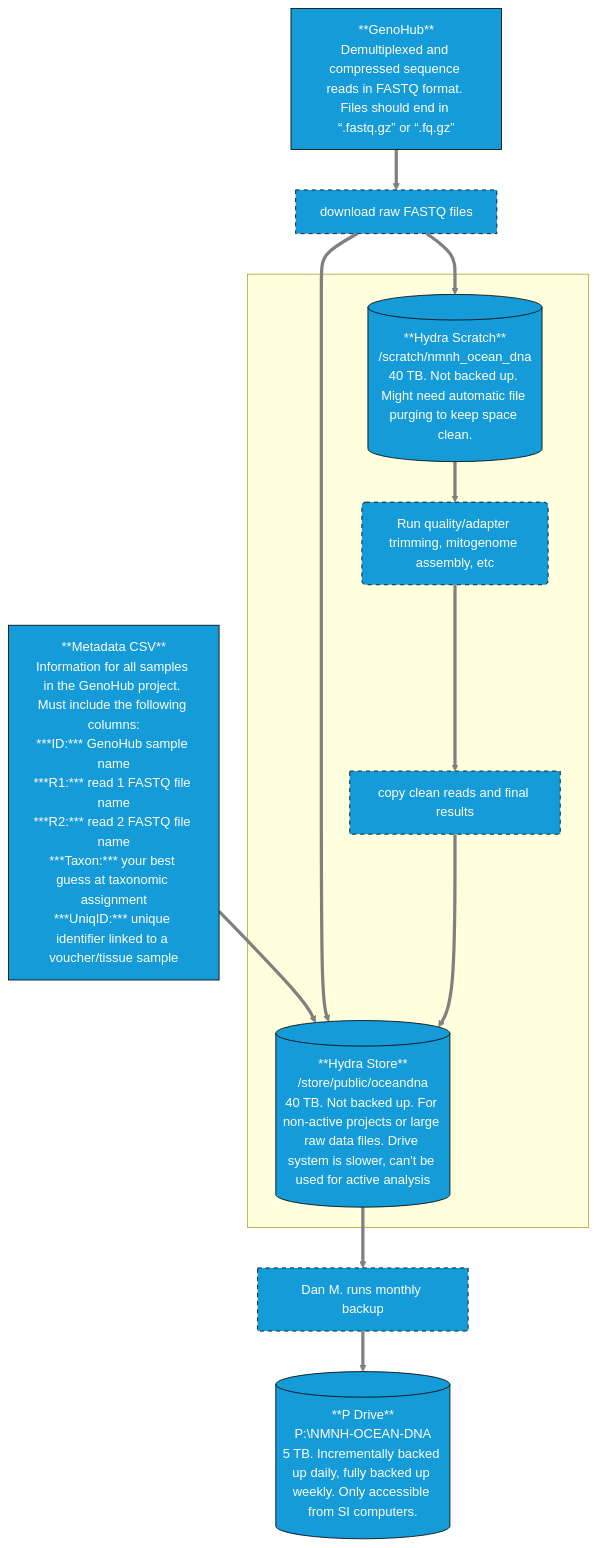
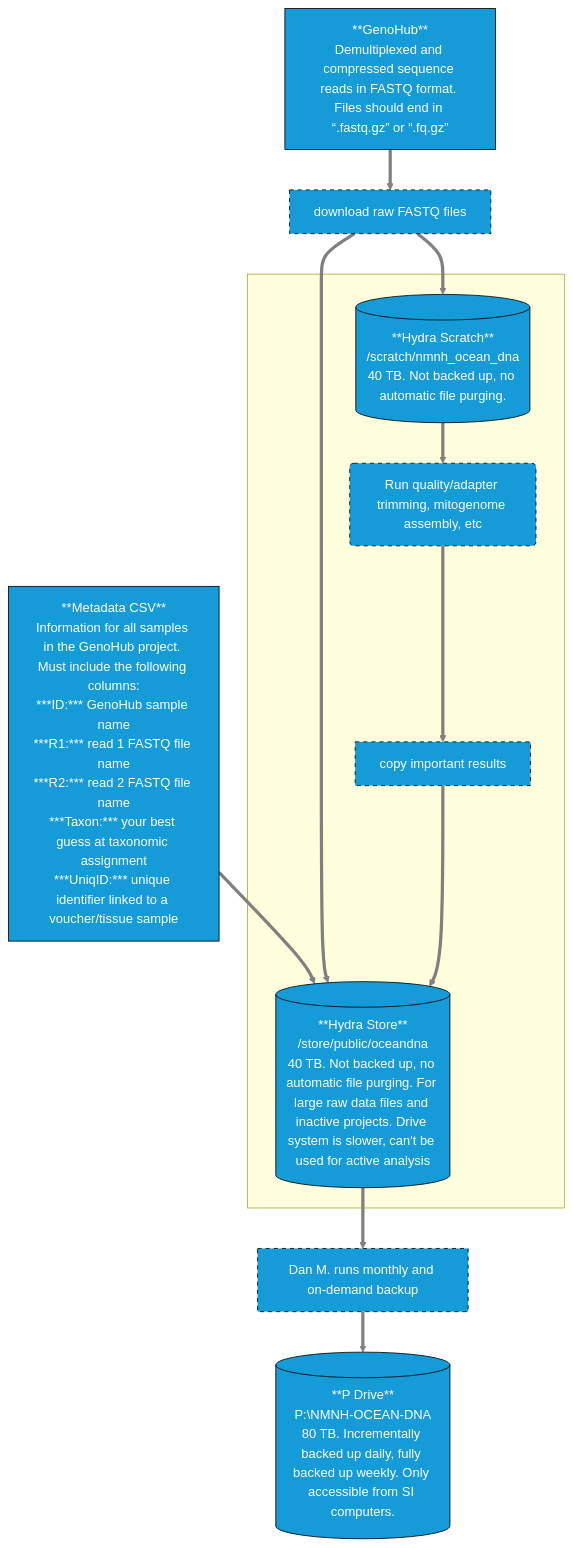
Before and after one commit to Smithsonian/NMNH-Ocean-DNA: the diagram in qmd/datamanagement.qmd, drawn with Mermaid. The commit also changed other lines of this file and 2 other files, not shown here.

Commit message:
updated dmg

````diff
--- a/qmd/datamanagement.qmd
+++ b/qmd/datamanagement.qmd
@@ -9,52 +9,52 @@
 ```{mermaid}
 graph TD;
 
   GenoHub[**GenoHub**
 Demultiplexed and compressed sequence reads in FASTQ format. Files should end in “.fastq.gz” or “.fq.gz”]
   Metadata[**Metadata CSV**
 Information for all samples in the GenoHub project. Must include the following columns:
 ***ID:*** GenoHub sample name
 ***R1:*** read 1 FASTQ file name
 ***R2:*** read 2 FASTQ file name
 ***Taxon:*** your best guess at taxonomic assignment
 ***UniqID:*** unique identifier linked to a voucher/tissue sample
   ]
   Analyses(Run quality/adapter trimming, mitogenome assembly, etc)
   Scratch[(**Hydra Scratch**
 /scratch/nmnh_ocean_dna
-40 TB. Not backed up. Might need automatic file purging to keep space clean.)]
+40 TB. Not backed up, no automatic file purging.)]
   Store[(**Hydra Store**
 /store/public/oceandna
-40 TB. Not backed up. For non-active projects or large raw data files. Drive system is slower, can't be used for active analysis)]
+40 TB. Not backed up, no automatic file purging. For large raw data files and inactive projects. Drive system is slower, can't be used for active analysis)]
   PDrive[(**P Drive**
 P:&bsol;NMNH-OCEAN-DNA
-5 TB. Incrementally backed up daily, fully backed up weekly. Only accessible from SI computers.)]
+80 TB. Incrementally backed up daily, fully backed up weekly. Only accessible from SI computers.)]
   
   Move1[download raw FASTQ files]  
-  Move3[copy clean reads and final results]
-  Move4[Dan M. runs monthly backup]
+  Move3[copy important results]
+  Move4[Dan M. runs monthly and on-demand backup]
 
   Metadata-->Store
   GenoHub-->Move1
   Move1-->Store
   Move1-->Scratch
   subgraph " "
     Scratch-->Analyses
     Analyses-->Move3
     Move3-->Store
   end
   Store-->Move4
   Move4-->PDrive
 
   classDef process stroke:black,color:white,fill:#159BD7,stroke-dasharray: 5 5
   classDef storage stroke:black,color:white,fill:#159BD7
   classDef ccr stroke:black,color:white,fill:#159BD7
 
   class Rename,Analyses,Move1,Move2,Move3,Move4 process
   class Metadata,GenoHub,Scratch,Store,PDrive storage
 
   click Rename "bestpractices.html"
 
   linkStyle default stroke:grey, stroke-width:4px
 
 ```
````
